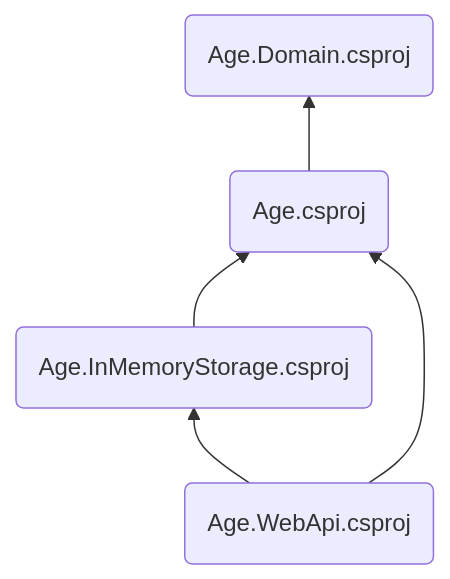
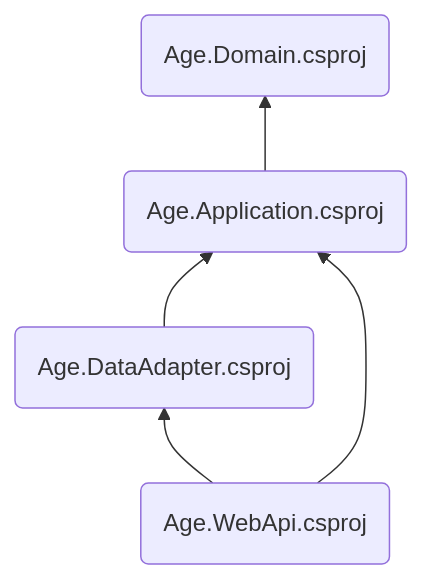
Before and after one commit to Hibex-Solutions/TheCleanArch: the diagram in docs/articles/getting-started/create-solution-structure.md, drawn with Mermaid. The commit also changed other lines of this file, not shown here.

Commit message:
Atualiza gráficos na documentação

````diff
--- a/docs/articles/getting-started/create-solution-structure.md
+++ b/docs/articles/getting-started/create-solution-structure.md
@@ -96,14 +96,14 @@
 ```mermaid
 flowchart BT
 
-Age(Age.csproj)
+Application(Age.Application.csproj)
 Domain(Age.Domain.csproj)
-InMemoryStorage(Age.InMemoryStorage.csproj)
+DataAdapter(Age.DataAdapter.csproj)
 WebApi(Age.WebApi.csproj)
 
 
-Age --> Domain
-InMemoryStorage --> Age
-WebApi --> Age
-WebApi --> InMemoryStorage
+Application --> Domain
+DataAdapter --> Application
+WebApi --> Application
+WebApi --> DataAdapter
 ```
````
